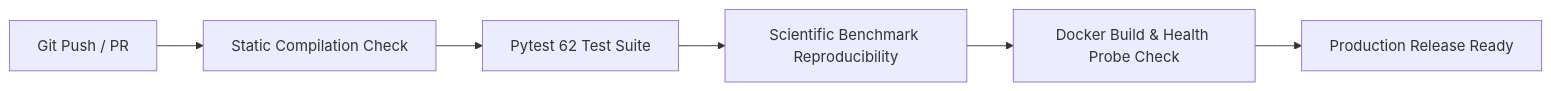
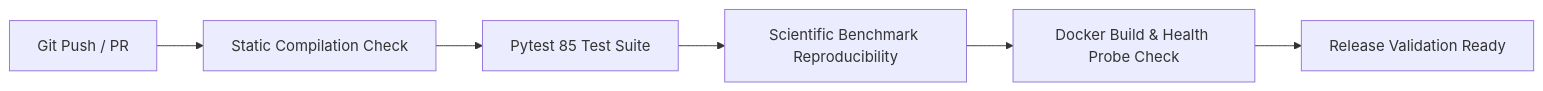
The third of 3 diagrams in README.md (Vaibhav20k/RACE--Revenue-Adaptive-Control-Engine), drawn with Mermaid before and after one commit. The commit also changed other lines of this file, not shown here.

Commit message:
docs: synchronize README with canonical 85-test suite, benchmark metrics, and status

````diff
--- a/README.md
+++ b/README.md
@@ -257,8 +268,8 @@
 ```mermaid
 flowchart LR
     A[Git Push / PR] --> B[Static Compilation Check]
-    B --> C[Pytest 62 Test Suite]
+    B --> C[Pytest 85 Test Suite]
     C --> D[Scientific Benchmark Reproducibility]
     D --> E[Docker Build & Health Probe Check]
-    E --> F[Production Release Ready]
+    E --> F[Release Validation Ready]
 ```
````
